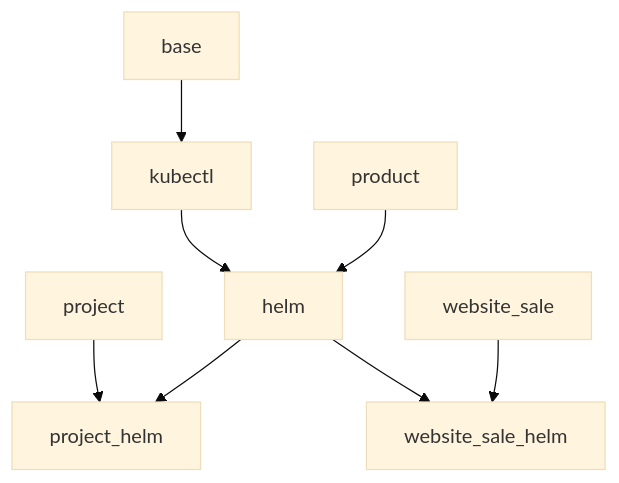
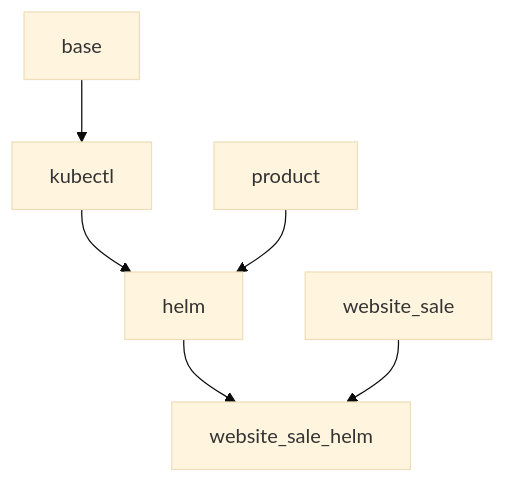
One commit to Mint-System/Wiki changed the diagram in Specification Website Sale Helm.md. Above: the diagram before and after it, drawn with Mermaid (base theme). The commit also changed 2 other files, not shown here.

Commit message:
vault backup: 2025-04-07 20:42:29

````diff
--- a/Specification Website Sale Helm.md
+++ b/Specification Website Sale Helm.md
@@ -10,10 +10,8 @@
 ```mermaid
 graph TD
   base --> kubectl
   kubectl --> helm
   product --> helm
-  project --> project_helm
-  helm --> project_helm
   helm --> website_sale_helm
   website_sale --> website_sale_helm
 ```
````
